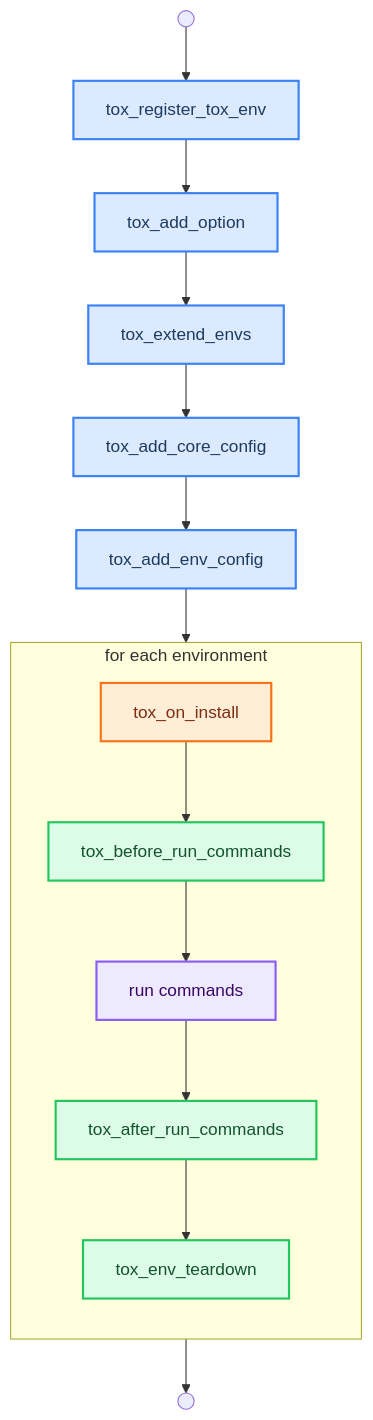
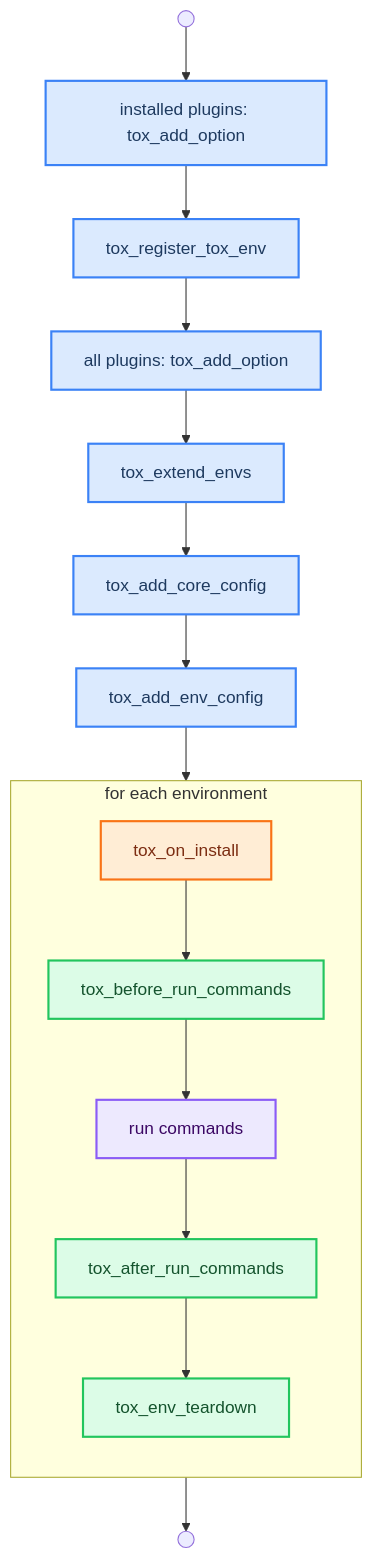
One commit to tox-dev/tox changed the diagram in docs/plugin/howto.rst. Above: the diagram before and after it, drawn with Mermaid. The commit also changed 8 other files, not shown here.

```diff
--- a/docs/plugin/howto.rst
+++ b/docs/plugin/howto.rst
@@ -11,31 +11,32 @@
 .. mermaid::
 
     flowchart TD
-        start(( )) --> register[tox_register_tox_env]
-        register --> add_option[tox_add_option]
+        start(( )) --> first_options[installed plugins: tox_add_option]
+        first_options --> register[tox_register_tox_env]
+        register --> add_option[all plugins: tox_add_option]
         add_option --> extend[tox_extend_envs]
         extend --> core_config[tox_add_core_config]
         core_config --> env_config[tox_add_env_config]
 
         env_config --> envloop
 
         subgraph envloop [for each environment]
             direction TB
             on_install[tox_on_install]
             on_install --> before[tox_before_run_commands]
             before --> cmds[run commands]
             cmds --> after[tox_after_run_commands]
             after --> teardown[tox_env_teardown]
         end
 
         teardown --> done(( ))
 
         classDef setupStyle fill:#dbeafe,stroke:#3b82f6,stroke-width:2px,color:#1e3a5f
         classDef envStyle fill:#dcfce7,stroke:#22c55e,stroke-width:2px,color:#14532d
         classDef cmdStyle fill:#ede9fe,stroke:#8b5cf6,stroke-width:2px,color:#3b0764
         classDef installStyle fill:#ffedd5,stroke:#f97316,stroke-width:2px,color:#7c2d12
 
-        class register,add_option,extend,core_config,env_config setupStyle
+        class first_options,register,add_option,extend,core_config,env_config setupStyle
         class before,after,teardown envStyle
         class cmds cmdStyle
         class on_install installStyle
```
